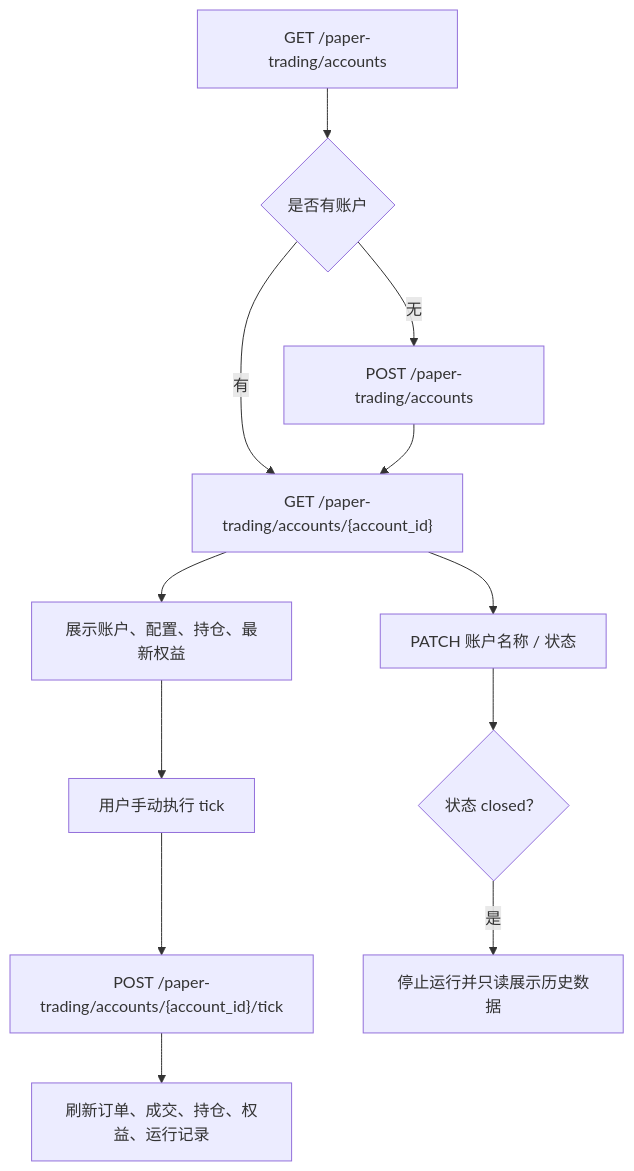
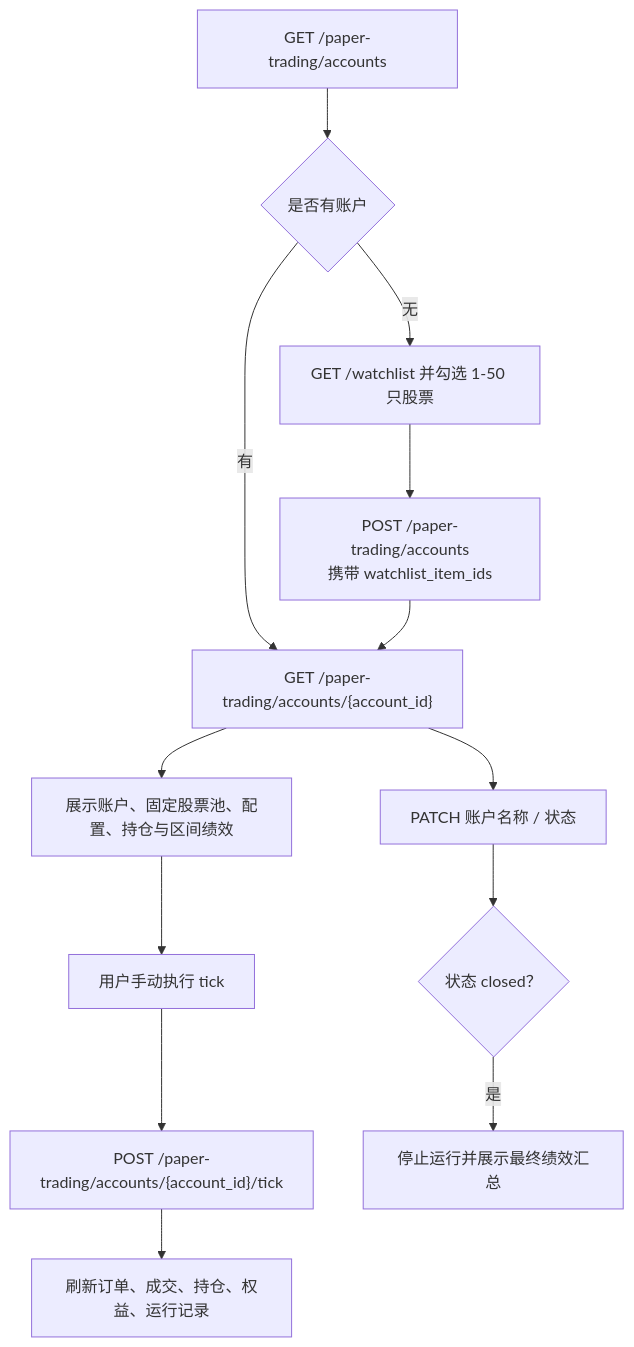
One commit to deleson/langgraph_commerce_stock_backend changed the seventh of 7 diagrams in docs/前端对接指南.md. Above: the diagram before and after it, drawn with Mermaid. The commit also changed other lines of this file and 31 other files, not shown here.

Commit message:
feat: add fixed paper trading portfolios

````diff
--- a/docs/前端对接指南.md
+++ b/docs/前端对接指南.md
@@ -299,14 +301,15 @@
 ```mermaid
 flowchart TD
     A["GET /paper-trading/accounts"] --> B{"是否有账户"}
-    B -->|无| C["POST /paper-trading/accounts"]
+    B -->|无| C["GET /watchlist 并勾选 1-50 只股票"]
+    C --> C2["POST /paper-trading/accounts<br/>携带 watchlist_item_ids"]
     B -->|有| D["GET /paper-trading/accounts/{account_id}"]
-    C --> D
-    D --> E["展示账户、配置、持仓、最新权益"]
+    C2 --> D
+    D --> E["展示账户、固定股票池、配置、持仓与区间绩效"]
     E --> F["用户手动执行 tick"]
     F --> G["POST /paper-trading/accounts/{account_id}/tick"]
     G --> H["刷新订单、成交、持仓、权益、运行记录"]
     D --> I["PATCH 账户名称 / 状态"]
     I --> J{"状态 closed？"}
-    J -->|是| K["停止运行并只读展示历史数据"]
+    J -->|是| K["停止运行并展示最终绩效汇总"]
 ```
````
